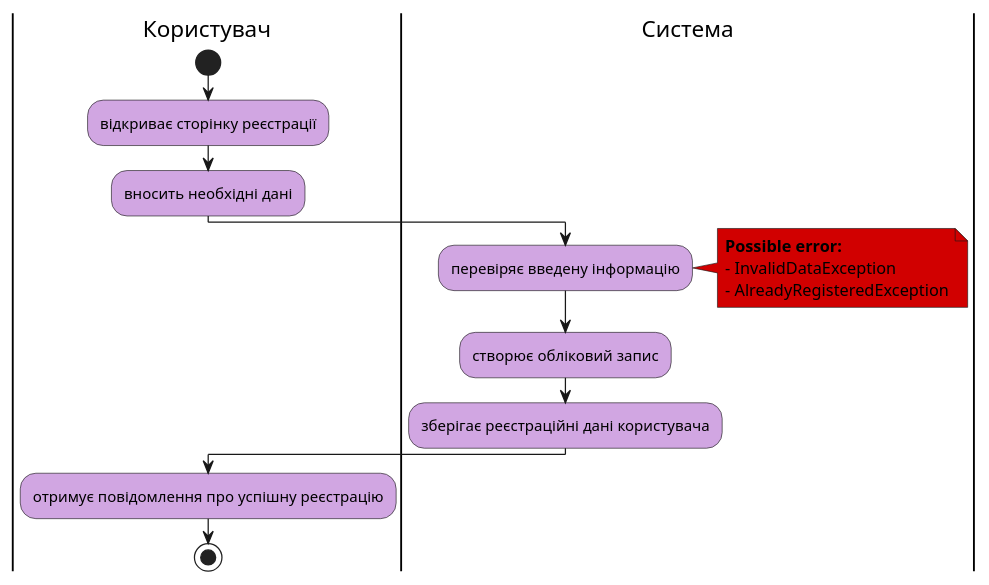
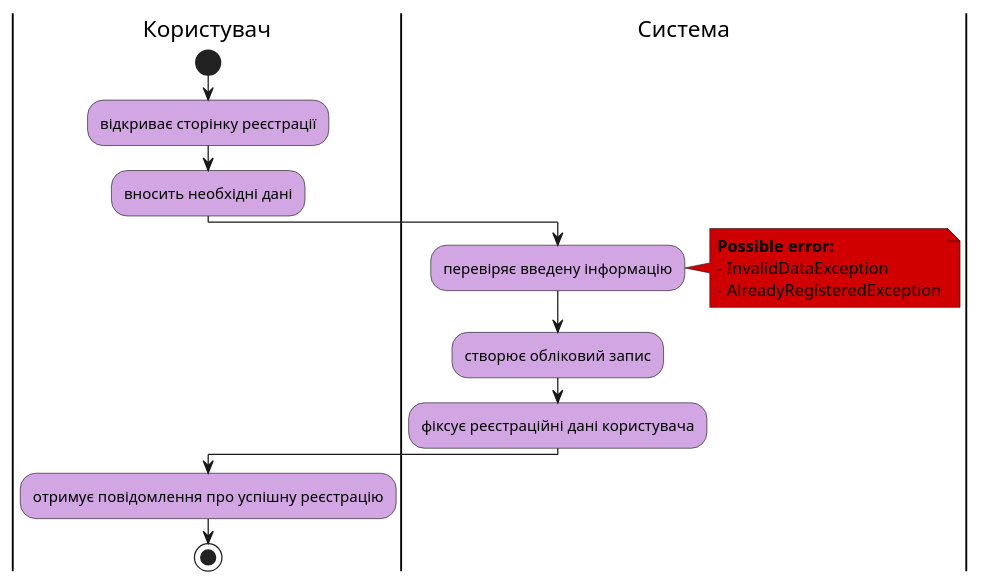
Before and after one commit to sunnytea0/db_labs_my: the fourth of 12 diagrams in docs/use cases/README.md, drawn with PlantUML. The commit also changed other lines of this file and 1 other file, not shown here.

```diff
--- a/docs/use cases/README.md
+++ b/docs/use cases/README.md
@@ -124,26 +124,26 @@
 @startuml
 
 skinparam ActivityBackgroundColor #d1a6e2
 
 |Користувач|
 start;
 :відкриває сторінку реєстрації;
 :вносить необхідні дані;
 
 |Система|
 :перевіряє введену інформацію;
 note right #D10000
 <b>Possible error:
 - InvalidDataException
 - AlreadyRegisteredException
 end note
 
 :створює обліковий запис;
-:зберігає реєстраційні дані користувача;
+:фіксує реєстраційні дані користувача;
 
 |Користувач|
 :отримує повідомлення про успішну реєстрацію;
 
 stop;
 
 @enduml
```
